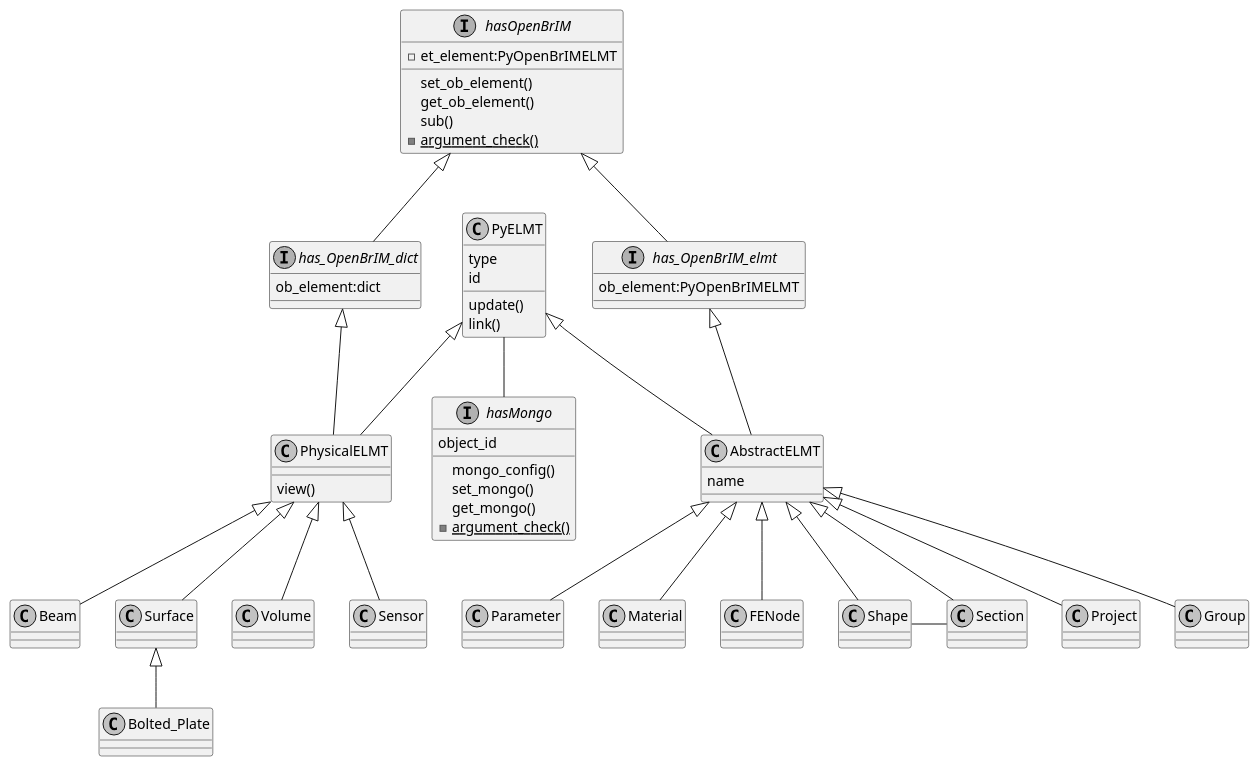
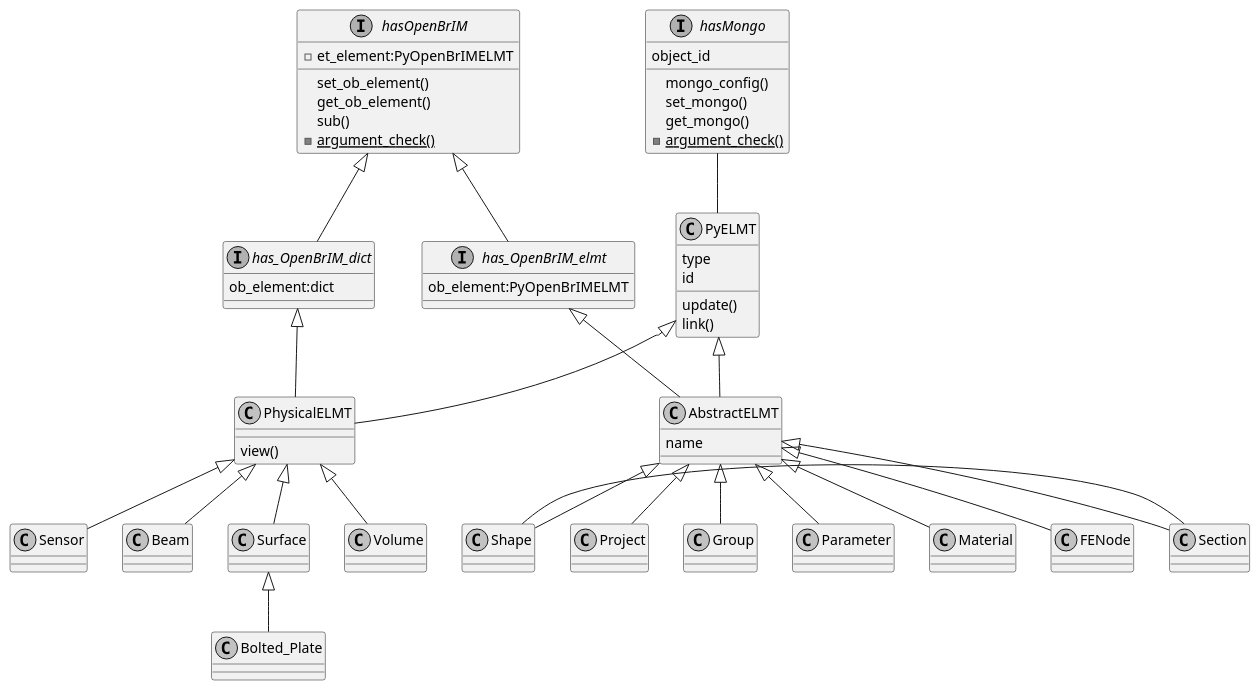
One commit to YidongQIN/PyBMS_BrIM changed the diagram in Notes & Diagrams/BMS_BrIM_class.puml. Above: the diagram before and after it, drawn with PlantUML. The commit also changed 1 other file, not shown here.

Commit message:
UML diagram

```diff
--- a/Notes & Diagrams/BMS_BrIM_class.puml
+++ b/Notes & Diagrams/BMS_BrIM_class.puml
@@ -1,114 +1,115 @@
 @startuml
 
 top to bottom direction
 ' left to right direction
 
 skinparam shadowing false
 skinparam monochrome true
 
 skinparam class {
 
     ' BackgroundColor White
     ' ArrowColor Black
     ' BorderColor Black
 }
 
 Interface hasMongo{
     object_id
     mongo_config()
     set_mongo()
     get_mongo()
     - {static} argument_check()
 }
 
-hasMongo -up- PyELMT
+hasMongo -down- PyELMT
 
-Interface hasOpenBrIM{
-    - et_element:PyOpenBrIMELMT
-    set_ob_element()
-    get_ob_element()
-    sub()
-    - {static} argument_check()
-}
-
-Interface has_OpenBrIM_elmt{
-    ob_element:PyOpenBrIMELMT
-}
-
-Interface has_OpenBrIM_dict{
-    ob_element:dict
-}
 
 
 class PyELMT{
     type
     id
     update()
     link()
 }
 
 class AbstractELMT{
     name
 }
 
 class PhysicalELMT{
     view()
 }
 
 ' hide PhysicalELMT circle
 
-together {
-    class PyELMT
-    ' class AbstractELMT
-    ' class PhysicalELMT
-    Interface hasMongo
-    Interface hasOpenBrIM
+Interface hasOpenBrIM{
+    - et_element:PyOpenBrIMELMT
+    set_ob_element()
+    get_ob_element()
+    sub()
+    - {static} argument_check()
 }
+
+Interface has_OpenBrIM_elmt{
+    ob_element:PyOpenBrIMELMT
+}
+
+Interface has_OpenBrIM_dict{
+    ob_element:dict
+}
+
+'together {
+'    class PyELMT
+'    ' class AbstractELMT
+'    ' class PhysicalELMT
+'    Interface hasMongo
+'    Interface hasOpenBrIM
+'}
 
 PyELMT <|-- AbstractELMT
 PyELMT <|-- PhysicalELMT
 has_OpenBrIM_elmt <|-- AbstractELMT
 has_OpenBrIM_dict <|-- PhysicalELMT
 
 hasOpenBrIM <|-- has_OpenBrIM_elmt
 hasOpenBrIM <|-- has_OpenBrIM_dict
 
 class Project
 class Group
 class Parameter
 class Shape
 class Section
 class Material
 class FENode
 
 together {
     class Project
     class Group
 }
 
 AbstractELMT <|-- Project
 AbstractELMT <|-- Group
 AbstractELMT <|-- Parameter
 AbstractELMT <|-- Shape
 AbstractELMT <|-- Section
 AbstractELMT <|-- Material
 AbstractELMT <|-- FENode
 Shape -right- Section
 ' Material -- Section
 
 class Beam
 class Surface
 class Bolted_Plate
 class Volume
 class Sensor
 
 PhysicalELMT <|-- Beam
 PhysicalELMT <|-- Surface
 Surface <|-- Bolted_Plate
 PhysicalELMT <|-- Volume
 PhysicalELMT <|-- Sensor
 
 ' Beam -- Section
 ' Beam -- Material
 
 @enduml
```
